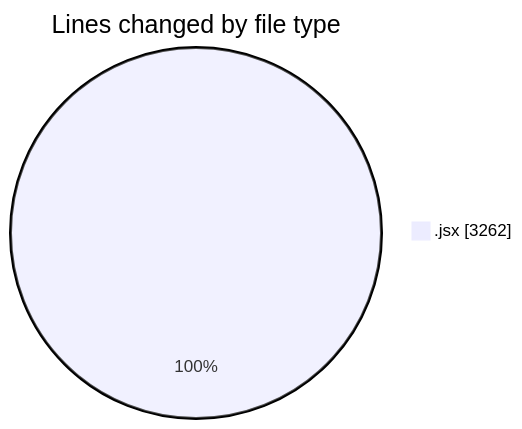
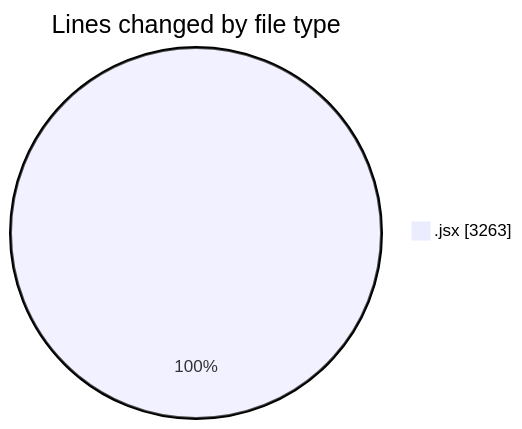
The first of 2 diagrams in 2025-07-15/argos/README.md (nxtqubesakshisongat/code-tracking), drawn with Mermaid before and after one commit. The commit also changed other lines of this file and 1 other file, not shown here.

````diff
--- a/2025-07-15/argos/README.md
+++ b/2025-07-15/argos/README.md
@@ -25,5 +25,5 @@
 ```mermaid
 pie showData
 title Lines changed by file type
-".jsx" : 3262
+".jsx" : 3263
 ```
````
